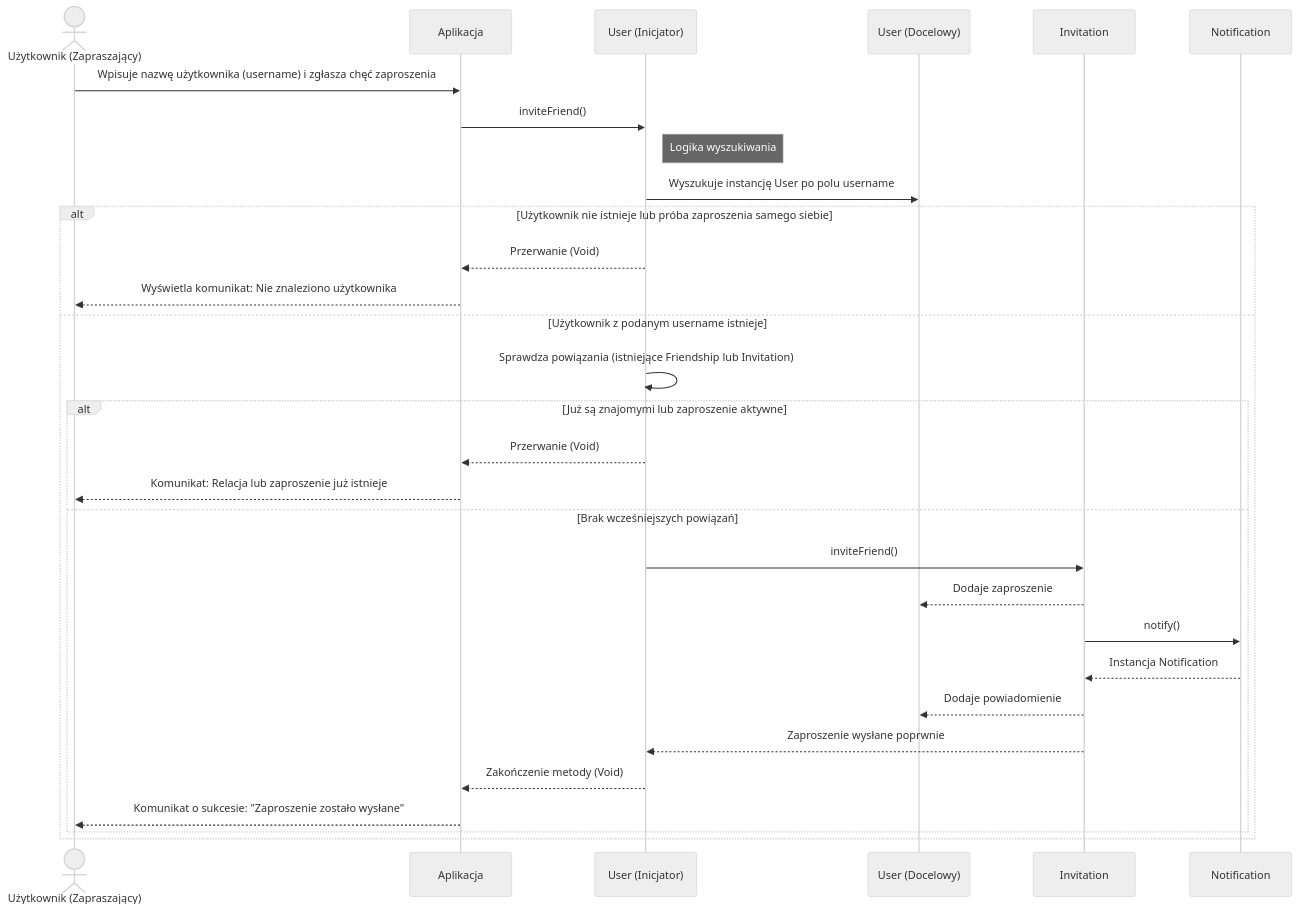
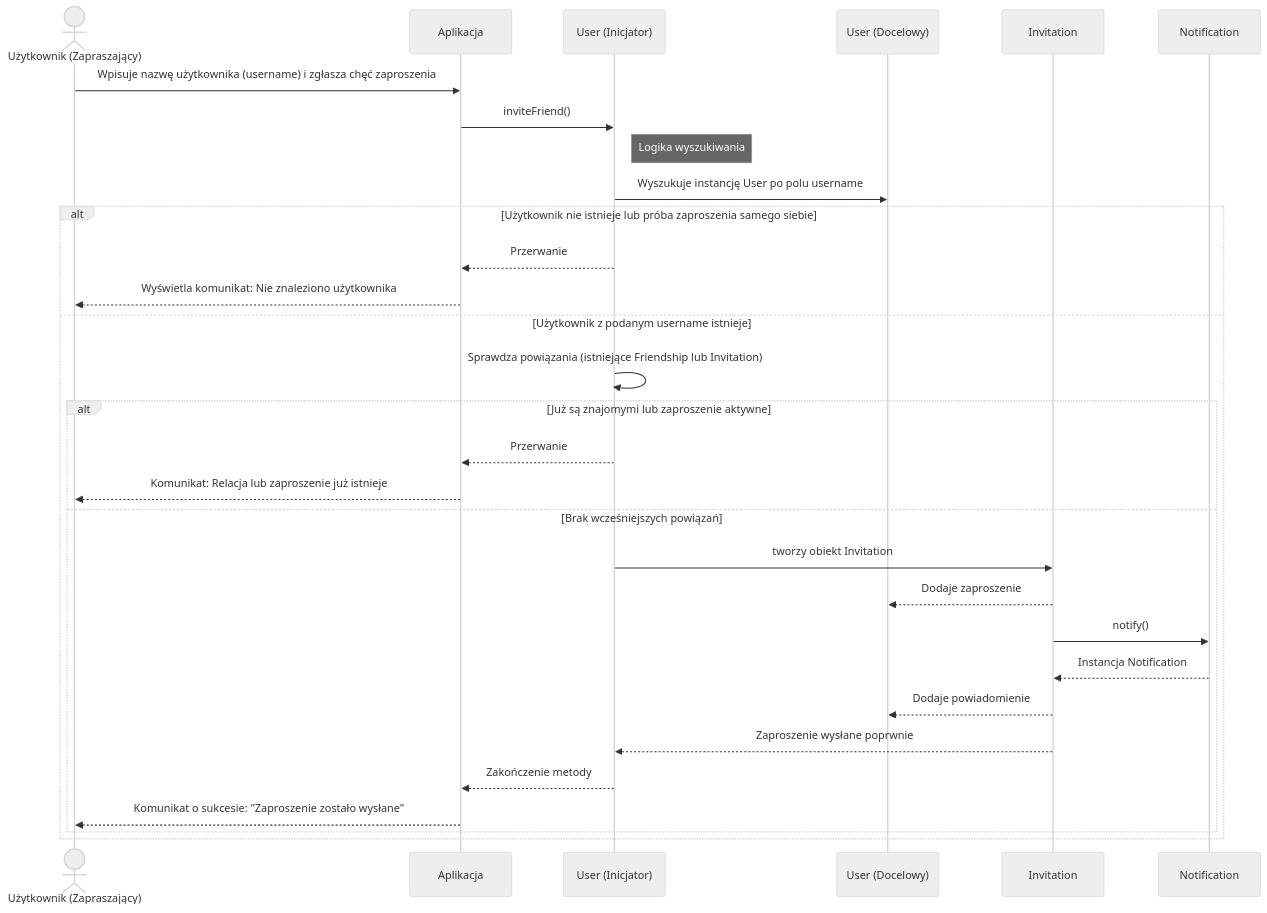
Before and after one commit to Tarnuchy/EggJob: the diagram in docs/zadanie4/diagramy sekwencji/zaproszenie-do-znajomych.md, drawn with Mermaid (neutral theme). The commit also changed 3 other files, not shown here.

````diff
--- a/docs/zadanie4/diagramy sekwencji/zaproszenie-do-znajomych.md
+++ b/docs/zadanie4/diagramy sekwencji/zaproszenie-do-znajomych.md
@@ -3,39 +3,39 @@
 ```mermaid
 sequenceDiagram
     actor UA as Użytkownik (Zapraszający)
     participant UI as Aplikacja
     participant UsrA as User (Inicjator)
     participant UsrB as User (Docelowy)
     participant Inv as Invitation
     participant Notif as Notification
 
     UA->>UI: Wpisuje nazwę użytkownika (username) i zgłasza chęć zaproszenia
     UI->>UsrA: inviteFriend()
 
     note right of UsrA: Logika wyszukiwania
     UsrA->>UsrB: Wyszukuje instancję User po polu username
     
     alt Użytkownik nie istnieje lub próba zaproszenia samego siebie
-        UsrA-->>UI: Przerwanie (Void)
+        UsrA-->>UI: Przerwanie   
         UI-->>UA: Wyświetla komunikat: Nie znaleziono użytkownika
     else Użytkownik z podanym username istnieje
         UsrA->>UsrA: Sprawdza powiązania (istniejące Friendship lub Invitation)
         
         alt Już są znajomymi lub zaproszenie aktywne
-            UsrA-->>UI: Przerwanie (Void)
+            UsrA-->>UI: Przerwanie   
             UI-->>UA: Komunikat: Relacja lub zaproszenie już istnieje
         else Brak wcześniejszych powiązań
-            UsrA->>Inv: inviteFriend()
+            UsrA->>Inv: tworzy obiekt Invitation
             Inv-->>UsrB: Dodaje zaproszenie
 
             Inv ->> Notif: notify()
             Notif -->> Inv: Instancja Notification
             Inv -->> UsrB: Dodaje powiadomienie
 
             Inv -->> UsrA: Zaproszenie wysłane poprwnie
             
-            UsrA-->>UI: Zakończenie metody (Void)
+            UsrA-->>UI: Zakończenie metody   
             UI-->>UA: Komunikat o sukcesie: "Zaproszenie zostało wysłane"
         end
     end
 ```
````
